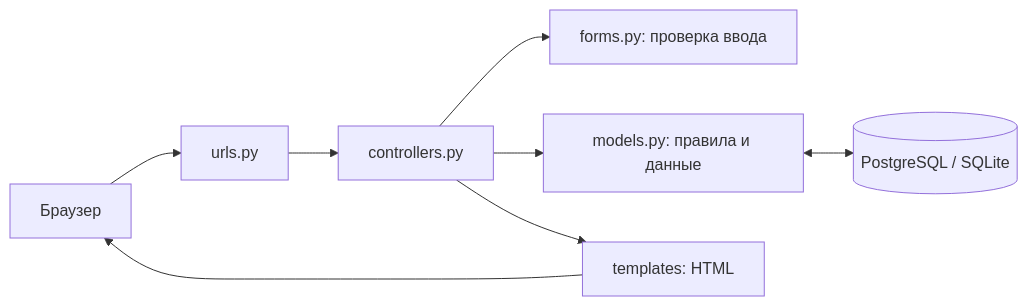
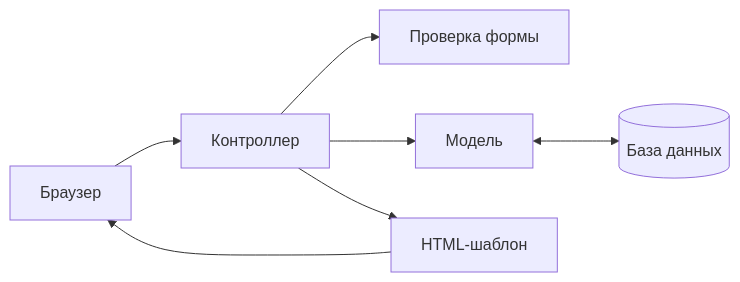
Before and after one commit to asartem9855/PTLab2: the first of 2 diagrams in README.md, drawn with Mermaid. The commit also changed other lines of this file and 26 other files, not shown here.

````diff
--- a/README.md
+++ b/README.md
@@ -34,10 +59,9 @@
 ```mermaid
 flowchart LR
-    Browser[Браузер] --> Router[urls.py]
-    Router --> Controller[controllers.py]
-    Controller --> Forms[forms.py: проверка ввода]
-    Controller --> Model[models.py: правила и данные]
-    Model <--> DB[(PostgreSQL / SQLite)]
-    Controller --> View[templates: HTML]
+    Browser[Браузер] --> Controller[Контроллер]
+    Controller --> Form[Проверка формы]
+    Controller --> Model[Модель]
+    Model <--> DB[(База данных)]
+    Controller --> View[HTML-шаблон]
     View --> Browser
 ```
````
